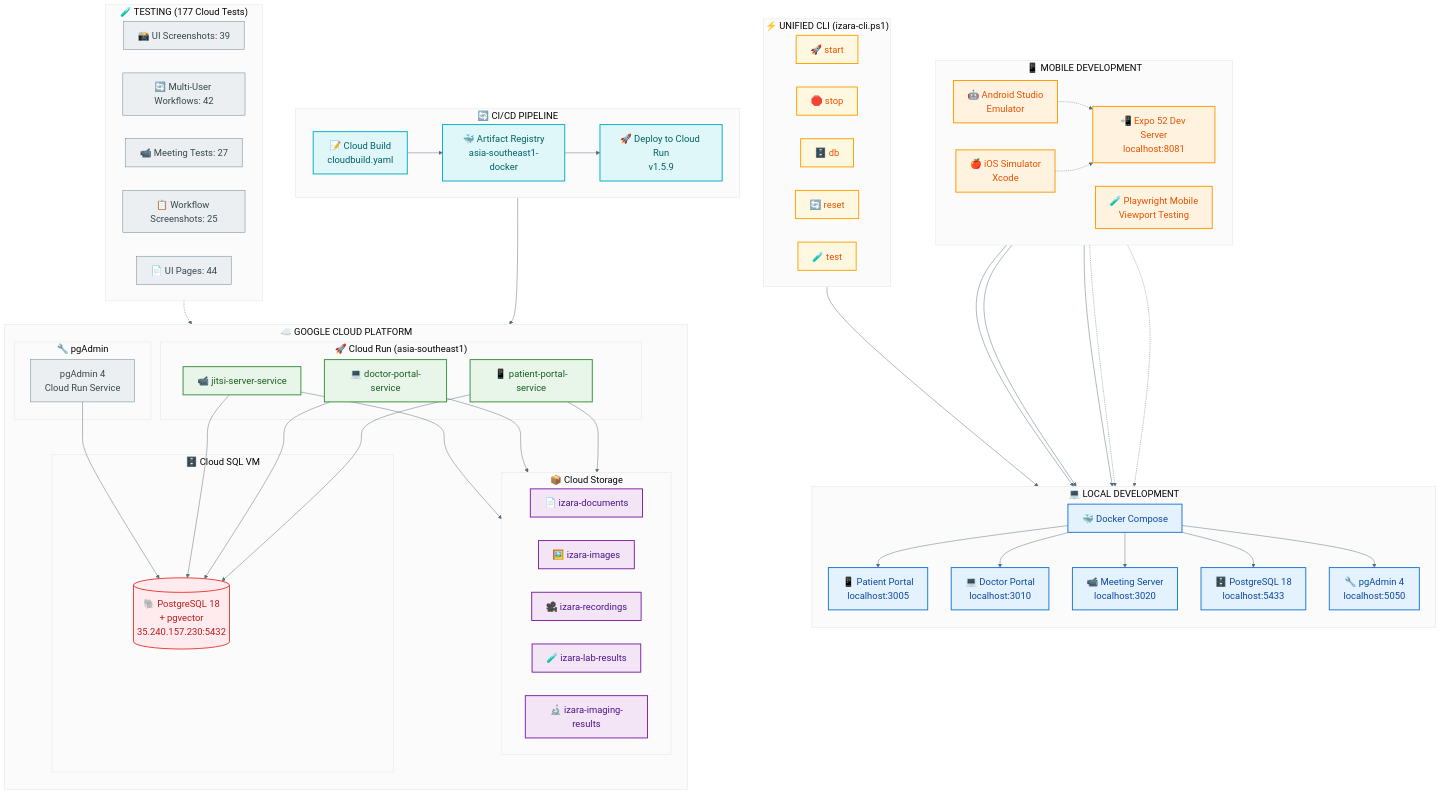
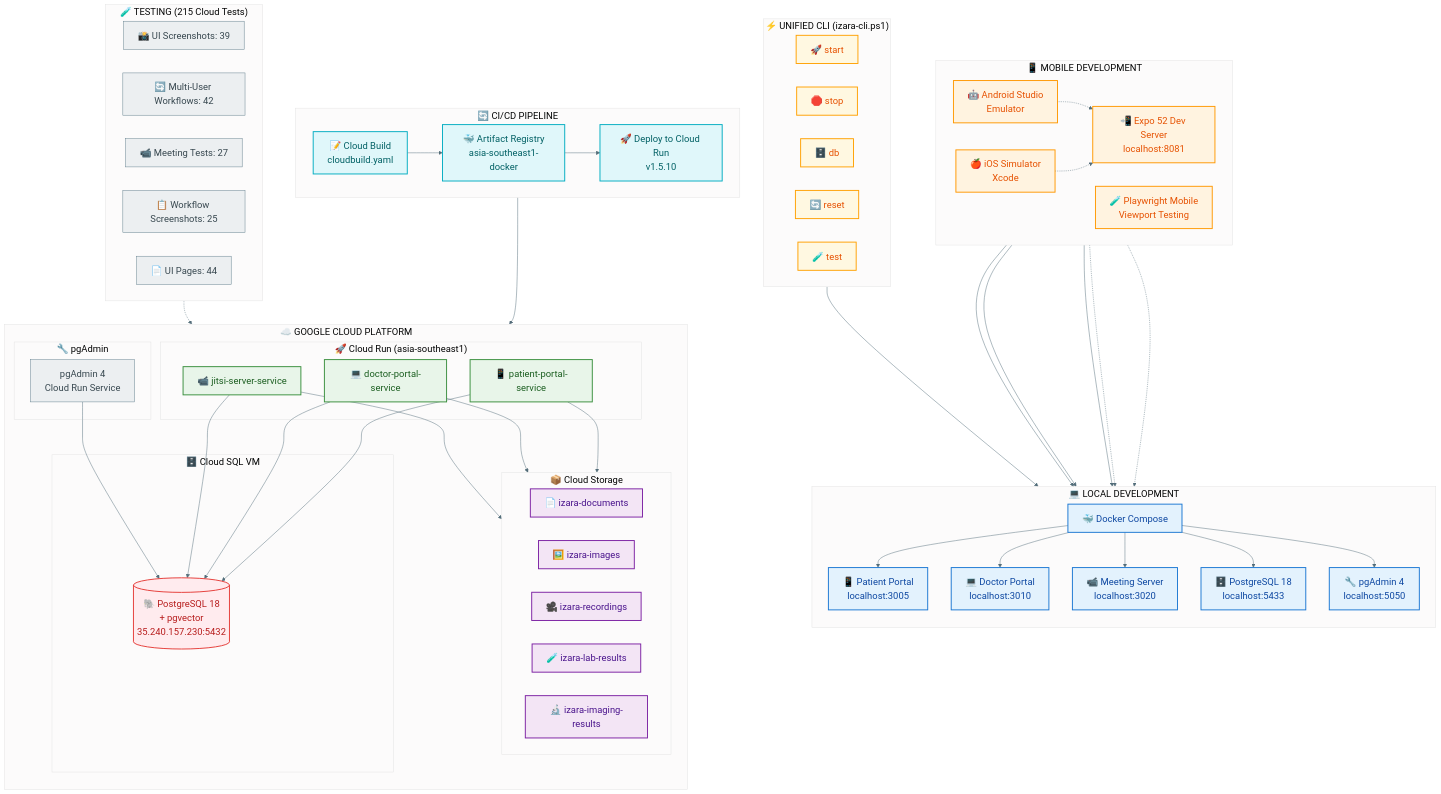
One commit to chiraleo2000/Isara-Anywhere changed the diagram in Presentations/diagrams/09-deployment-architecture.mmd. Above: the diagram before and after it, drawn with Mermaid. The commit also changed 487 other files, not shown here.

Commit message:
v1.5.10: fix axe button-name/form-label + SonarQube S2068, update presentation docs (215 cloud tests)

```diff
--- a/Presentations/diagrams/09-deployment-architecture.mmd
+++ b/Presentations/diagrams/09-deployment-architecture.mmd
@@ -1,126 +1,126 @@
 %%{init: {
   'theme': 'base',
   'themeVariables': {
     'primaryColor': '#ECEFF1',
     'primaryTextColor': '#37474F',
     'primaryBorderColor': '#607D8B',
     'lineColor': '#546E7A',
     'fontSize': '20px',
     'fontFamily': 'Segoe UI, Arial'
   }
 }}%%
 
 flowchart TB
     subgraph LOCAL["💻 LOCAL DEVELOPMENT"]
         direction TB
         L1["🐳 Docker Compose"]
         L2["📱 Patient Portal<br/>localhost:3005"]
         L3["💻 Doctor Portal<br/>localhost:3010"]
         L4["📹 Meeting Server<br/>localhost:3020"]
         L5["🗄️ PostgreSQL 18<br/>localhost:5433"]
         L6["🔧 pgAdmin 4<br/>localhost:5050"]
     end
 
     subgraph MOBILE_DEV["📱 MOBILE DEVELOPMENT"]
         direction LR
         MD1["📲 Expo 52 Dev Server<br/>localhost:8081"]
         MD2["🤖 Android Studio<br/>Emulator"]
         MD3["🍎 iOS Simulator<br/>Xcode"]
         MD4["🧪 Playwright Mobile<br/>Viewport Testing"]
     end
 
     subgraph CLI["⚡ UNIFIED CLI (izara-cli.ps1)"]
         direction LR
         C1["🚀 start"]
         C2["🛑 stop"]
         C3["🗄️ db"]
         C4["🔄 reset"]
         C5["🧪 test"]
     end
 
     subgraph GCP["☁️ GOOGLE CLOUD PLATFORM"]
         direction TB
         subgraph CLOUDRUN["🚀 Cloud Run (asia-southeast1)"]
             CR1["📱 patient-portal-service"]
             CR2["💻 doctor-portal-service"]
             CR3["📹 jitsi-server-service"]
         end
         subgraph STORAGE["📦 Cloud Storage"]
             S1["📄 izara-documents"]
             S2["🖼️ izara-images"]
             S3["🎥 izara-recordings"]
             S4["🧪 izara-lab-results"]
             S5["🔬 izara-imaging-results"]
         end
         subgraph DATABASE["🗄️ Cloud SQL VM"]
             DB1[("🐘 PostgreSQL 18<br/>+ pgvector<br/>35.240.157.230:5432")]
         end
         subgraph PGADMIN["🔧 pgAdmin"]
             PA1["pgAdmin 4<br/>Cloud Run Service"]
         end
     end
 
     subgraph CICD["🔄 CI/CD PIPELINE"]
         direction LR
         CI1["📝 Cloud Build<br/>cloudbuild.yaml"]
         CI2["🐳 Artifact Registry<br/>asia-southeast1-docker"]
-        CI3["🚀 Deploy to Cloud Run<br/>v1.5.9"]
+        CI3["🚀 Deploy to Cloud Run<br/>v1.5.10"]
     end
 
-    subgraph TESTING["🧪 TESTING (177 Cloud Tests)"]
+    subgraph TESTING["🧪 TESTING (215 Cloud Tests)"]
         direction LR
         T1["📸 UI Screenshots: 39"]
         T2["🔄 Multi-User Workflows: 42"]
         T3["📹 Meeting Tests: 27"]
         T4["📋 Workflow Screenshots: 25"]
         T5["📄 UI Pages: 44"]
     end
 
     %% Local Development Flow
     CLI --> L1
     L1 --> L2
     L1 --> L3
     L1 --> L4
     L1 --> L5
     L1 --> L6
 
     %% Mobile Development Flow
     MD1 --> L2
     MD1 --> L3
     MD1 --> L4
     MD2 -.-> MD1
     MD3 -.-> MD1
     MD4 -.-> L2
     MD4 -.-> L3
 
     %% CI/CD Flow
     CI1 --> CI2 --> CI3
     CI3 --> CLOUDRUN
 
     %% Cloud Run connections
     CR1 --> DB1
     CR2 --> DB1
     CR3 --> DB1
     CR1 --> STORAGE
     CR2 --> STORAGE
     CR3 --> STORAGE
     PA1 --> DB1
 
     %% Testing connects to Cloud Run
     TESTING -.-> CLOUDRUN
 
     classDef localStyle fill:#E3F2FD,stroke:#1976D2,stroke-width:2px,color:#0D47A1
     classDef mobileStyle fill:#FFF3E0,stroke:#FF9800,stroke-width:2px,color:#E65100
     classDef cliStyle fill:#FFF8E1,stroke:#FFA000,stroke-width:2px,color:#E65100
     classDef cloudrunStyle fill:#E8F5E9,stroke:#388E3C,stroke-width:2px,color:#1B5E20
     classDef storageStyle fill:#F3E5F5,stroke:#7B1FA2,stroke-width:2px,color:#4A148C
     classDef dbStyle fill:#FFEBEE,stroke:#E53935,stroke-width:2px,color:#B71C1C
     classDef cicdStyle fill:#E0F7FA,stroke:#00ACC1,stroke-width:2px,color:#006064
 
     class L1,L2,L3,L4,L5,L6 localStyle
     class MD1,MD2,MD3,MD4 mobileStyle
     class C1,C2,C3,C4,C5 cliStyle
     class CR1,CR2,CR3 cloudrunStyle
     class S1,S2,S3,S4,S5 storageStyle
     class DB1 dbStyle
     class CI1,CI2,CI3 cicdStyle
```
